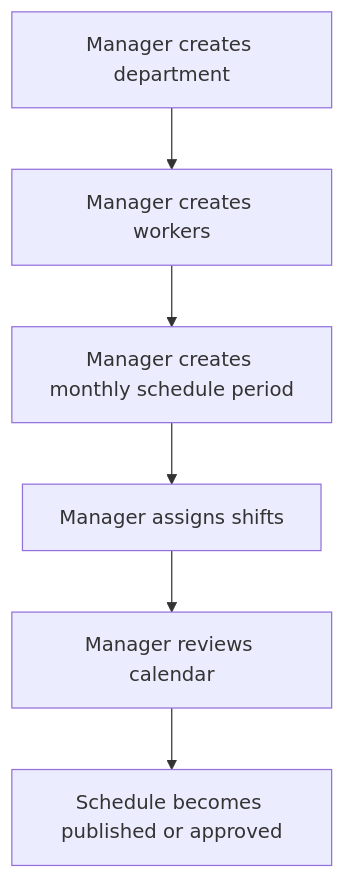
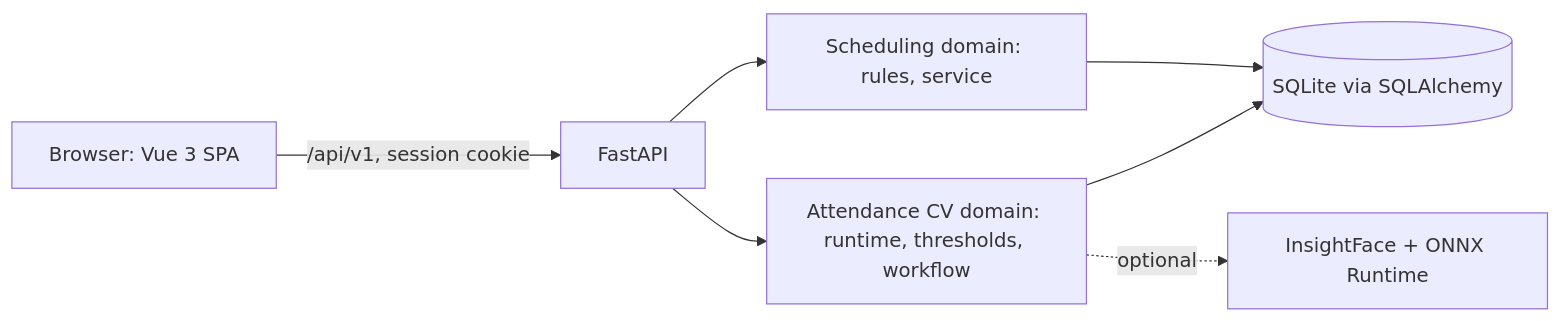
Before and after one commit to eJosR-Coding/GuardyMed: the diagram in README.md, drawn with Mermaid. The commit also changed other lines of this file and 4 other files, not shown here.

Commit message:
docs: rewrite the README with screenshots, architecture, AI limits and evaluation

````diff
--- a/README.md
+++ b/README.md
@@ -108,8 +66,9 @@
 ```mermaid
-flowchart TD
-    A[Manager creates department] --> B[Manager creates workers]
-    B --> C[Manager creates monthly schedule period]
-    C --> D[Manager assigns shifts]
-    D --> E[Manager reviews calendar]
-    E --> F[Schedule becomes published or approved]
+flowchart LR
+    B[Browser: Vue 3 SPA] -->|/api/v1, session cookie| A[FastAPI]
+    A --> S[Scheduling domain: rules, service]
+    A --> V[Attendance CV domain: runtime, thresholds, workflow]
+    S --> D[(SQLite via SQLAlchemy)]
+    V --> D
+    V -.optional.-> M[InsightFace + ONNX Runtime]
 ```
````
